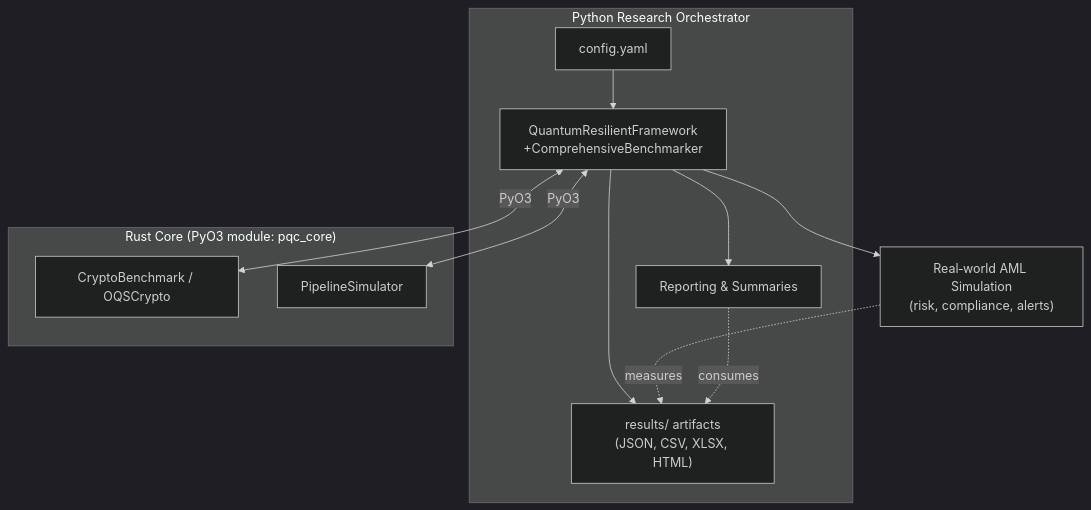
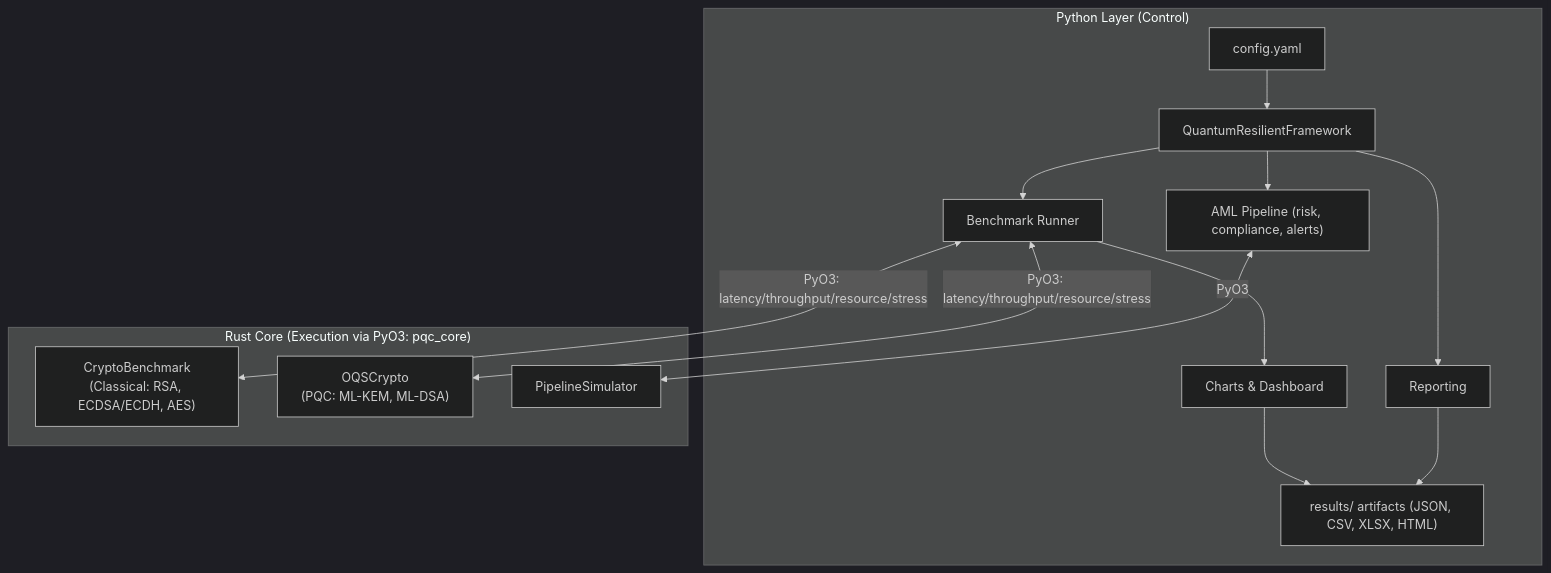
Before and after one commit to ausmarton/quantum-resilient: the first of 2 diagrams in docs/PROTOTYPE_IMPLEMENTATION.md, drawn with Mermaid (dark theme). The commit also changed other lines of this file, not shown here.

Commit message:
Improve diagrams

````diff
--- a/docs/PROTOTYPE_IMPLEMENTATION.md
+++ b/docs/PROTOTYPE_IMPLEMENTATION.md
@@ -25,19 +25,30 @@
 ```mermaid
 flowchart TB
-    subgraph Research_Framework["Python Research Orchestrator"]
-        CFG["config.yaml"] --> ORCH["QuantumResilientFramework\n+ComprehensiveBenchmarker"]
-        ORCH --> REPORT["Reporting & Summaries"]
-        ORCH --> RESULTS["results/ artifacts\n(JSON, CSV, XLSX, HTML)"]
+    %% Logical architecture and flows
+    subgraph python["Python Layer (Control)"]
+        cfg["config.yaml"]
+        orch["QuantumResilientFramework"]
+        bench["Benchmark Runner"]
+        aml["AML Pipeline (risk, compliance, alerts)"]
+        report["Reporting"]
+        viz["Charts & Dashboard"]
+        results["results/ artifacts (JSON, CSV, XLSX, HTML)"]
+        cfg --> orch
+        orch --> bench
+        orch --> aml
+        orch --> report
+        bench --> viz
+        viz --> results
+        report --> results
     end
 
-    subgraph Rust_Core["Rust Core (PyO3 module: pqc_core)"]
-        CRYPTO["CryptoBenchmark / OQSCrypto"]
-        PIPE["PipelineSimulator"]
+    subgraph rust["Rust Core (Execution via PyO3: pqc_core)"]
+        classAlgos["CryptoBenchmark\n(Classical: RSA, ECDSA/ECDH, AES)"]
+        pqcAlgos["OQSCrypto\n(PQC: ML-KEM, ML-DSA)"]
+        pipeSim["PipelineSimulator"]
     end
 
-    ORCH <--> |PyO3| CRYPTO
-    ORCH <--> |PyO3| PIPE
-    ORCH --> AML["Real‑world AML Simulation\n(risk, compliance, alerts)"]
-    AML -. measures .-> RESULTS
-    REPORT -. consumes .-> RESULTS
+    bench <--> |"PyO3: latency/throughput/resource/stress"| classAlgos
+    bench <--> |"PyO3: latency/throughput/resource/stress"| pqcAlgos
+    aml <--> |"PyO3"| pipeSim
 ```
````
